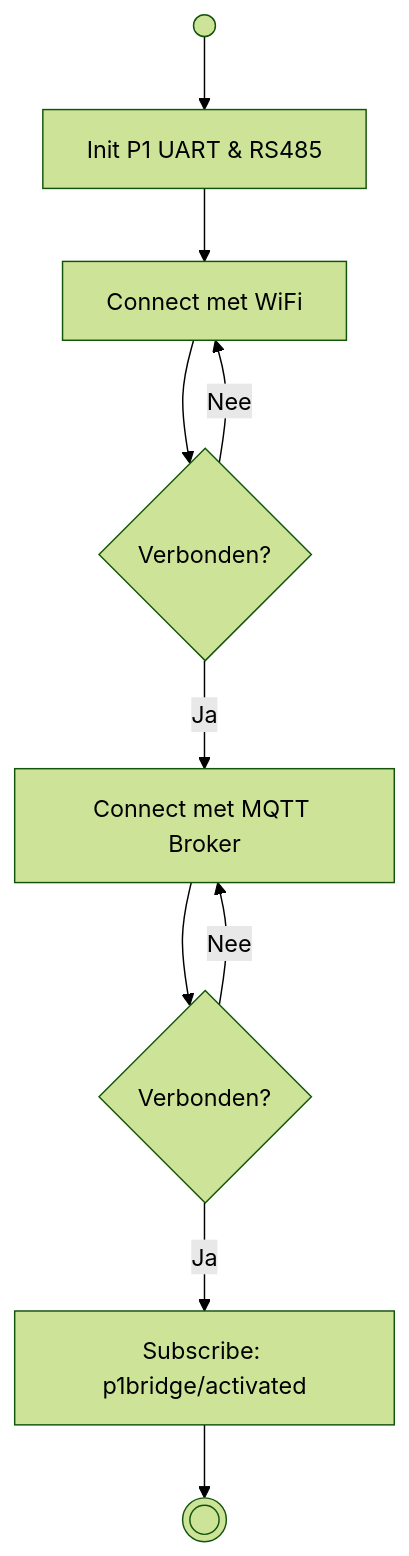
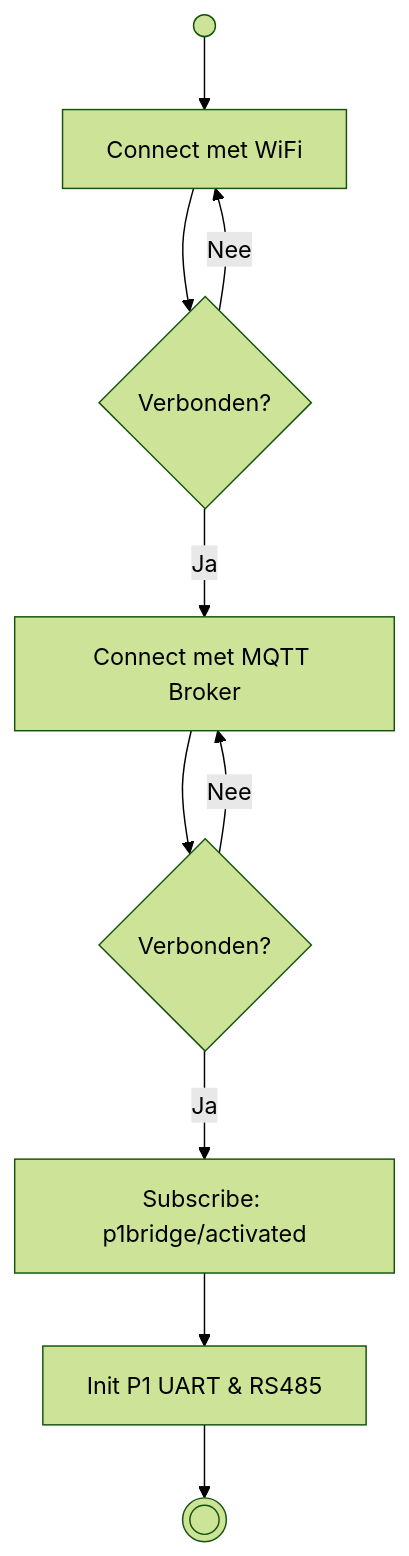
Before and after one commit to HexiDevs/OpenP1Bridge: the first of 2 diagrams in documentation/activitydiagram.md, drawn with Mermaid (forest theme).

Commit message:
Update activity diagram to correct flow and mark subproject as dirty

````diff
--- a/documentation/activitydiagram.md
+++ b/documentation/activitydiagram.md
@@ -1,12 +1,12 @@
 ```mermaid
 flowchart TD
-    Start(( )) --> Init["Init P1 UART & RS485"]
-    Init --> WiFi["Connect met WiFi"]
+    Start(( )) --> WiFi["Connect met WiFi"]
     WiFi --> WiFiOK{"Verbonden?"}
     WiFiOK -- "Nee" --> WiFi
     WiFiOK -- "Ja" --> MQTT["Connect met MQTT Broker"]
     MQTT --> MQTTOK{"Verbonden?"}
     MQTTOK -- "Nee" --> MQTT
     MQTTOK -- "Ja" --> Sub["Subscribe: p1bridge/activated"]
-    Sub --> End((( )))
+    Sub --> Init["Init P1 UART & RS485"]
+    Init --> End((( )))
 ```
````
